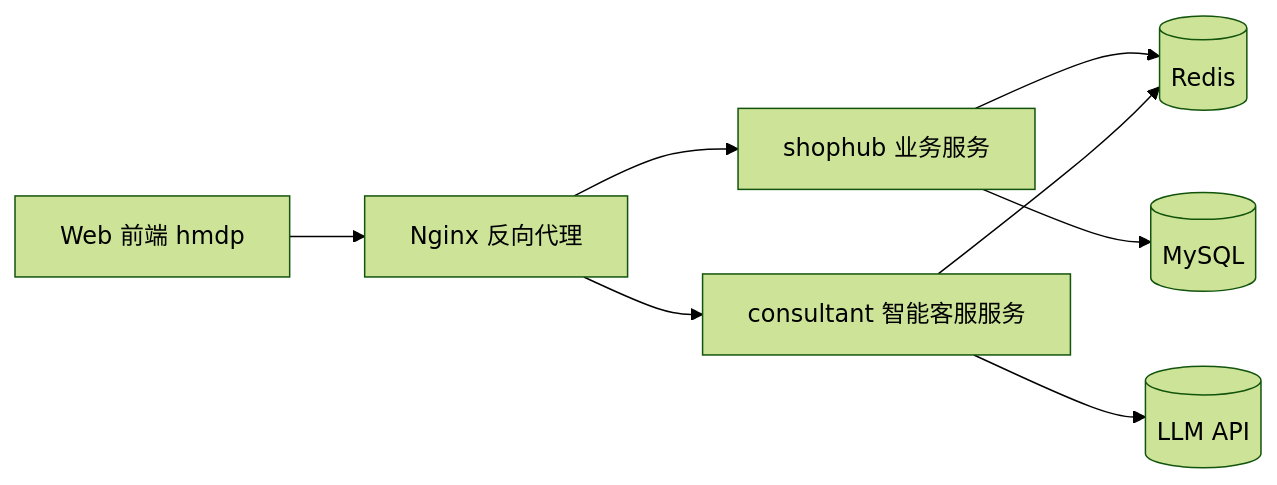
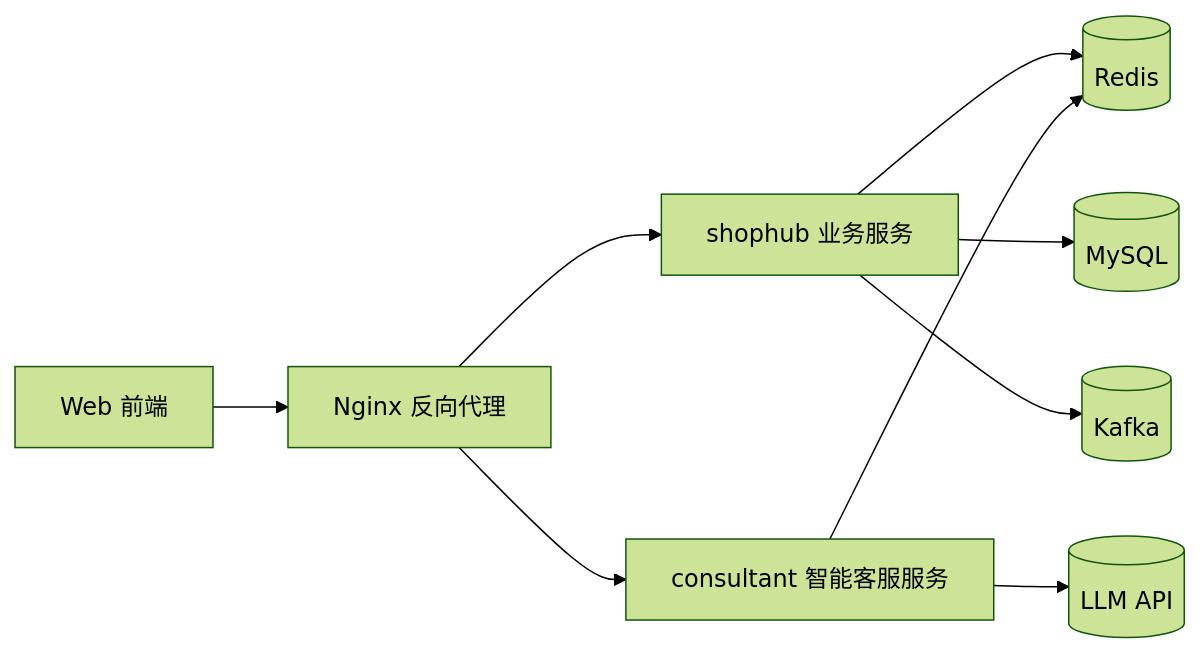
Before and after one commit to dirge2024/ShopHub: the diagram in README.md, drawn with Mermaid (forest theme). The commit also changed other lines of this file and 50 other files, not shown here.

````diff
--- a/README.md
+++ b/README.md
@@ -9,10 +11,11 @@
 ```mermaid
 flowchart LR
-    A[Web 前端 hmdp] --> B[Nginx 反向代理]
+    A[Web 前端] --> B[Nginx 反向代理]
     B --> C[shophub 业务服务]
     B --> D[consultant 智能客服服务]
     C --> E[(Redis)]
     C --> F[(MySQL)]
+    C --> G[(Kafka)]
     D --> E
-    D --> G[(LLM API)]
+    D --> H[(LLM API)]
 ```
````
